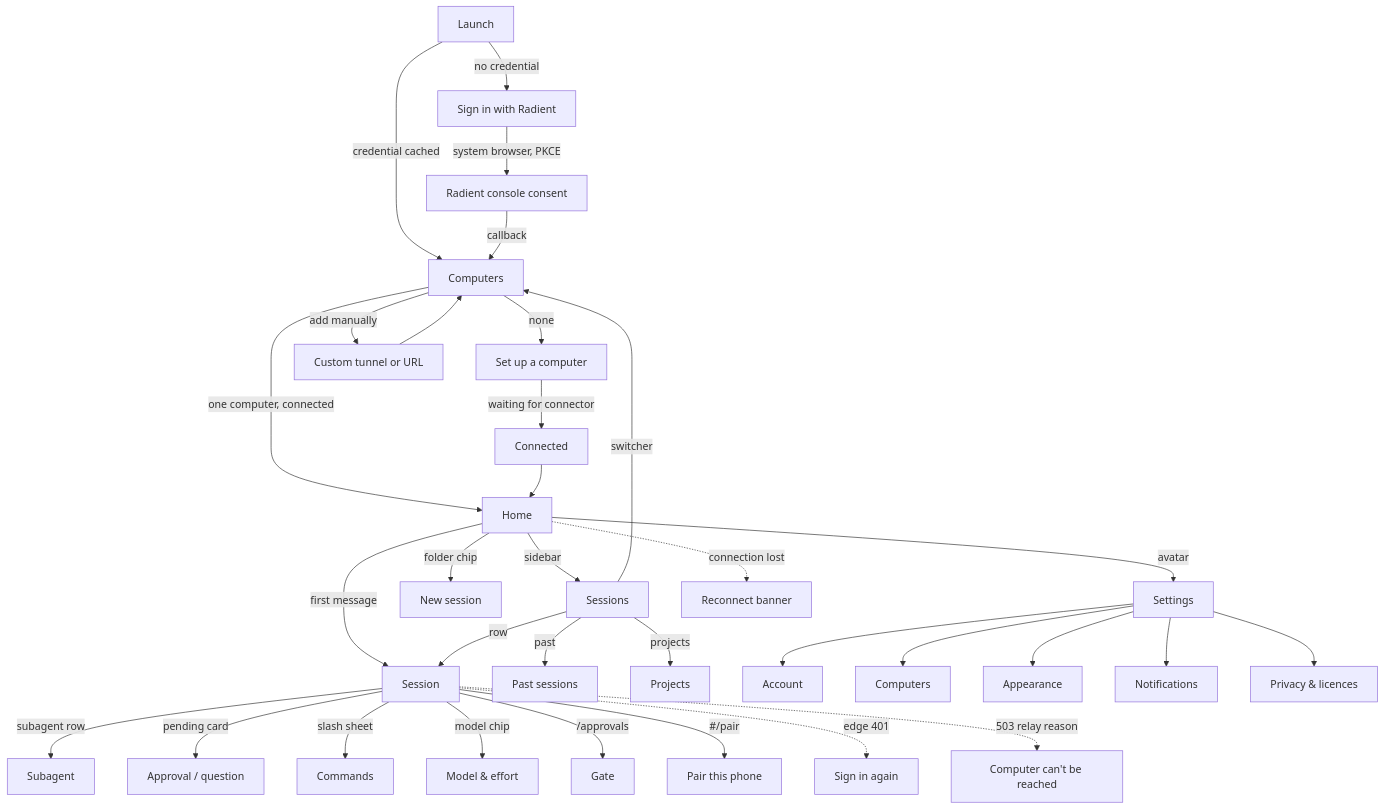
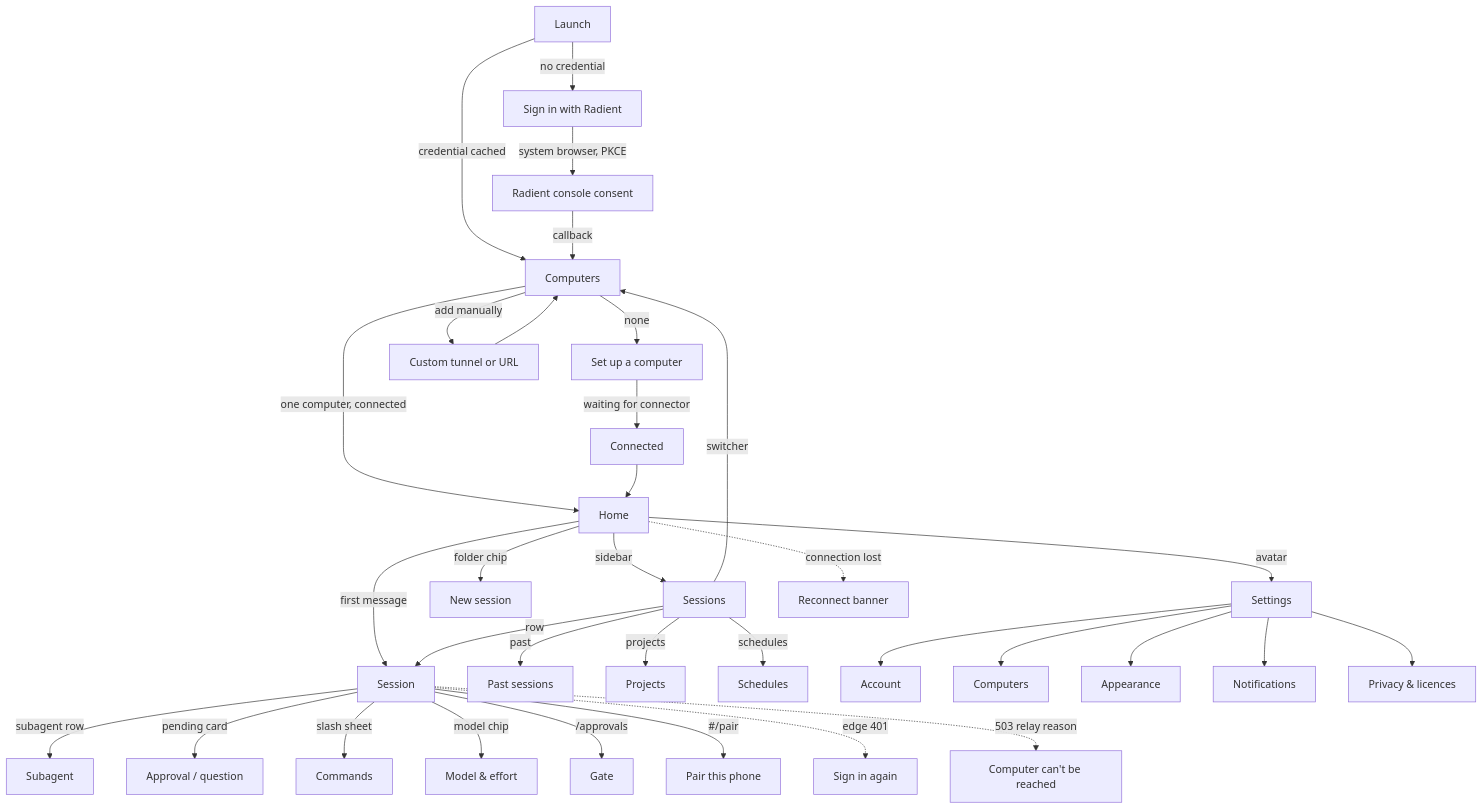
The diagram in docs/ux/flows.md (damianvtran/local-operator-mobile), drawn with Mermaid before and after one commit. The commit also changed other lines of this file and 27 other files, not shown here.

````diff
--- a/docs/ux/flows.md
+++ b/docs/ux/flows.md
@@ -41,35 +41,36 @@
 ```mermaid
 graph TD
   A[Launch] -->|no credential| B[Sign in with Radient]
   A -->|credential cached| C[Computers]
   B -->|system browser, PKCE| B2[Radient console consent]
   B2 -->|callback| C
   C -->|one computer, connected| D[Home]
   C -->|none| E[Set up a computer]
   E -->|waiting for connector| E2[Connected]
   E2 --> D
   C -->|add manually| F[Custom tunnel or URL]
   F --> C
   D -->|sidebar| D1[Sessions]
   D -->|folder chip| H[New session]
   D -->|first message| G[Session]
   D1 -->|row| G
   D1 -->|past| I[Past sessions]
   D1 -->|projects| J[Projects]
+  D1 -->|schedules| J2[Schedules]
   D1 -->|switcher| C
   D -->|avatar| K[Settings]
   G -->|subagent row| L[Subagent]
   G -->|pending card| M[Approval / question]
   G -->|slash sheet| N[Commands]
   G -->|model chip| O[Model & effort]
   G -->|/approvals| P[Gate]
   G -->|#/pair| Q[Pair this phone]
   K --> K1[Account]
   K --> K2[Computers]
   K --> K3[Appearance]
   K --> K4[Notifications]
   K --> K5[Privacy & licences]
   D -.->|connection lost| R[Reconnect banner]
   G -.->|edge 401| S[Sign in again]
   G -.->|503 relay reason| T[Computer can't be reached]
 ```
````
